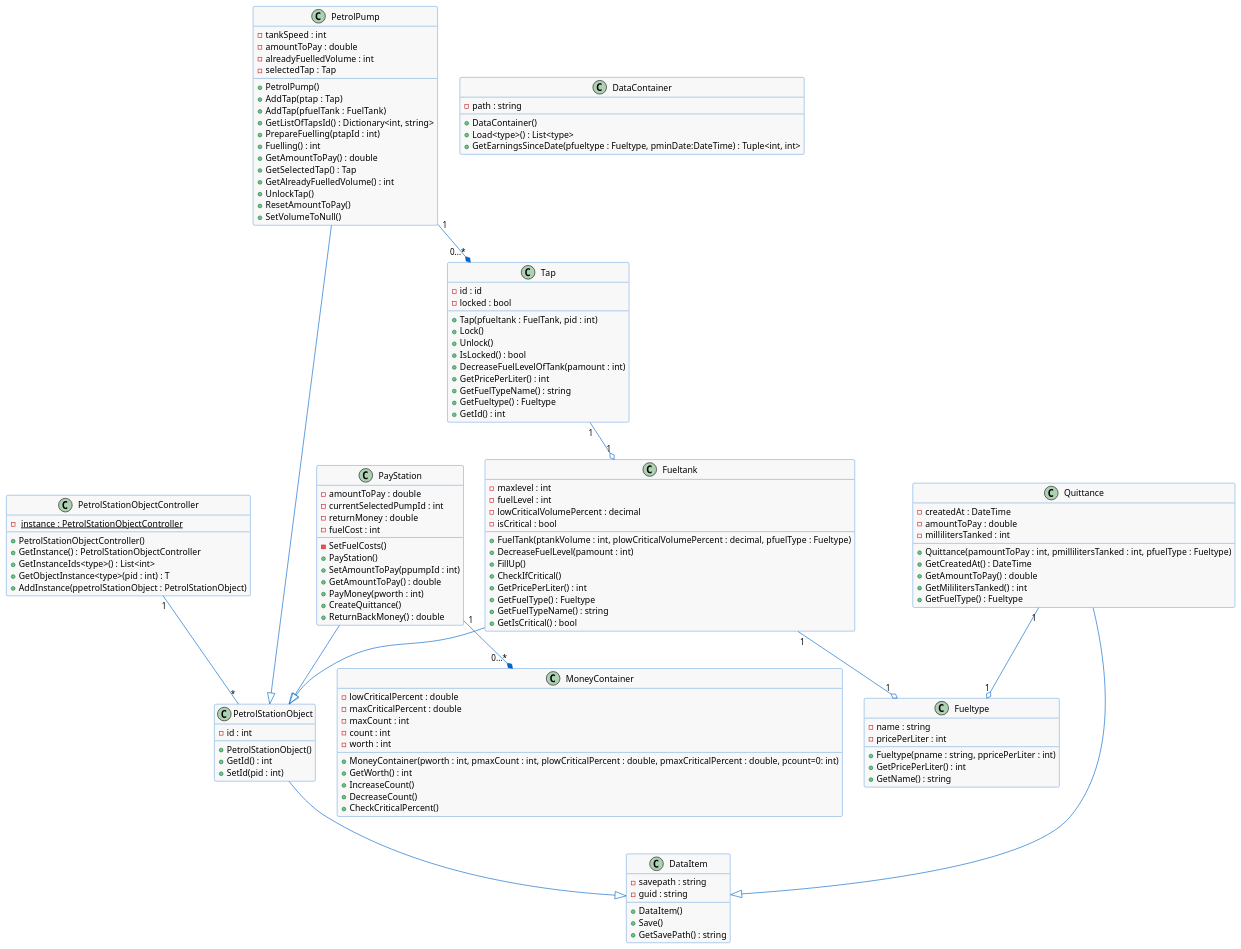
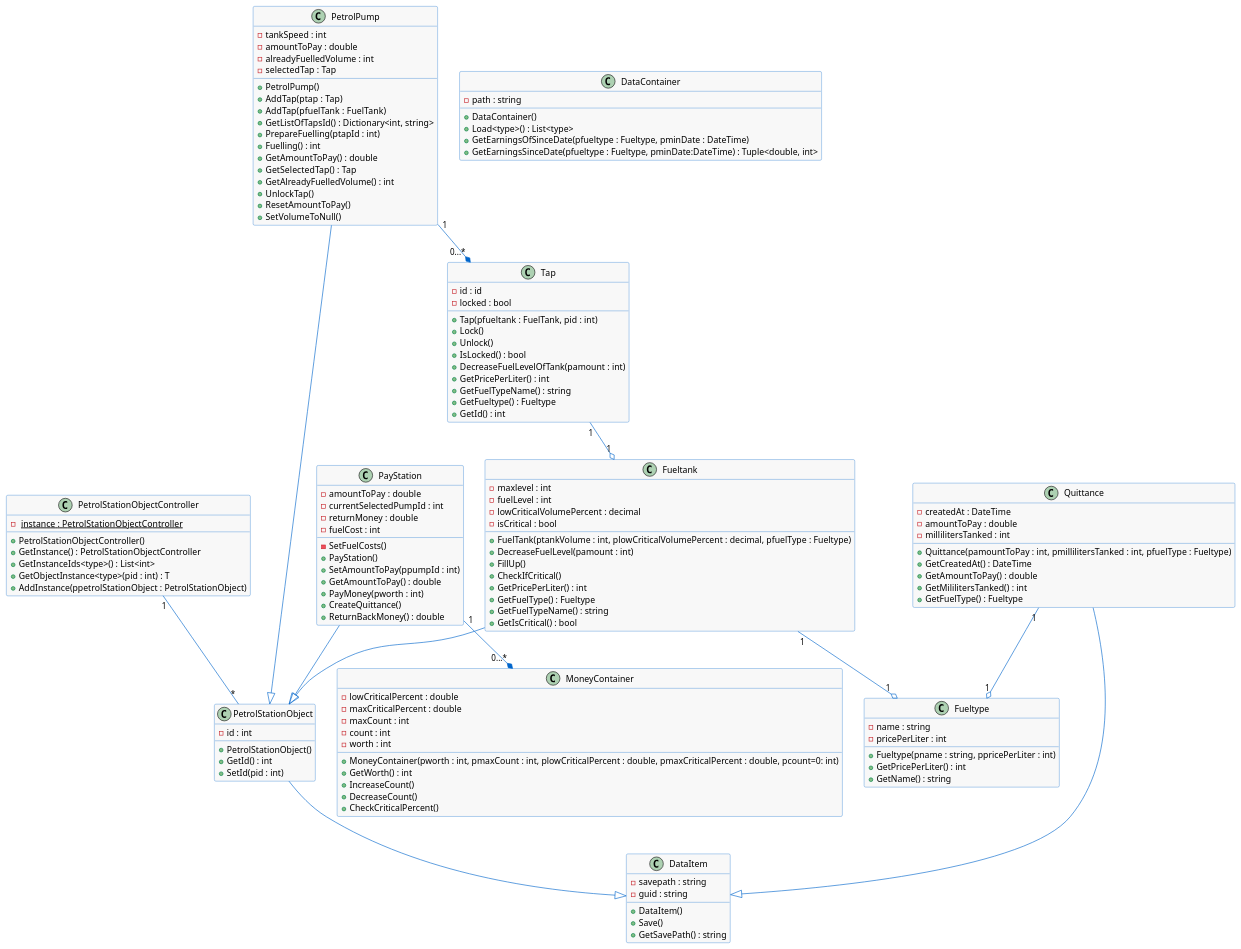
The diagram in Documentation/Diagrams/Businesslogic_class.pu (OddisJungs/PetrolStation), drawn with PlantUML before and after one commit. The commit also changed 4 other files, not shown here.

```diff
--- a/Documentation/Diagrams/Businesslogic_class.pu
+++ b/Documentation/Diagrams/Businesslogic_class.pu
@@ -1,143 +1,144 @@
 @startuml
 'skinparam dpi 250'
 skinparam classBackgroundColor #F8F8F8
 skinparam classBorderColor #0066CC
 skinparam classArrowColor #0066CC
 
 class PetrolStationObjectController {
 	- <u> instance : PetrolStationObjectController
 	+ PetrolStationObjectController()
 	+ GetInstance() : PetrolStationObjectController
 	+ GetInstanceIds<type>() : List<int>
 	+ GetObjectInstance<type>(pid : int) : T
 	+ AddInstance(ppetrolStationObject : PetrolStationObject)
 }
 PetrolStationObjectController "1" -- "*" PetrolStationObject
 
 class DataContainer {
 	- path : string
 	+ DataContainer()
 	+ Load<type>() : List<type>
-    + GetEarningsSinceDate(pfueltype : Fueltype, pminDate:DateTime) : Tuple<int, int>
+	+ GetEarningsOfSinceDate(pfueltype : Fueltype, pminDate : DateTime)
+    + GetEarningsSinceDate(pfueltype : Fueltype, pminDate:DateTime) : Tuple<double, int>
 }
 
 class DataItem {
 	- savepath : string
 	- guid : string
 	+ DataItem()
 	+ Save()
 	+ GetSavePath() : string
 }
 
 class Fueltank {
 	- maxlevel : int
 	- fuelLevel : int
 	- lowCriticalVolumePercent : decimal
 	- isCritical : bool
 	+ FuelTank(ptankVolume : int, plowCriticalVolumePercent : decimal, pfuelType : Fueltype)
 	+ DecreaseFuelLevel(pamount : int)
 	+ FillUp()
 	+ CheckIfCritical()
 	+ GetPricePerLiter() : int
-        + GetFuelType() : Fueltype
+    + GetFuelType() : Fueltype
 	+ GetFuelTypeName() : string
 	+ GetIsCritical() : bool
 }
 Fueltank "1"--o "1" Fueltype
 Fueltank --|> PetrolStationObject
 
 class Fueltype {
 	- name : string
 	- pricePerLiter : int
 	+ Fueltype(pname : string, ppricePerLiter : int)
 	+ GetPricePerLiter() : int
 	+ GetName() : string
 }
 
 class PayStation {
 	- amountToPay : double
 	- currentSelectedPumpId : int
 	- returnMoney : double
 	- fuelCost : int
 	- SetFuelCosts()
 	+ PayStation()
 	+ SetAmountToPay(ppumpId : int)
 	+ GetAmountToPay() : double
 	+ PayMoney(pworth : int)
 	+ CreateQuittance()
 	+ ReturnBackMoney() : double
 }
 PayStation "1" --* "0...*" MoneyContainer
 PayStation --|> PetrolStationObject
 
 class MoneyContainer {
 	- lowCriticalPercent : double
 	- maxCriticalPercent : double
 	- maxCount : int
 	- count : int
 	- worth : int
 	+ MoneyContainer(pworth : int, pmaxCount : int, plowCriticalPercent : double, pmaxCriticalPercent : double, pcount=0: int)
 	+ GetWorth() : int
 	+ IncreaseCount()
 	+ DecreaseCount()
 	+ CheckCriticalPercent() 
 }
 
 class PetrolPump {
 	- tankSpeed : int
 	- amountToPay : double
 	- alreadyFuelledVolume : int
 	- selectedTap : Tap
 	+ PetrolPump()
 	+ AddTap(ptap : Tap)
 	+ AddTap(pfuelTank : FuelTank)
 	+ GetListOfTapsId() : Dictionary<int, string>
 	+ PrepareFuelling(ptapId : int)
 	+ Fuelling() : int
 	+ GetAmountToPay() : double
 	+ GetSelectedTap() : Tap
     + GetAlreadyFuelledVolume() : int
 	+ UnlockTap()
 	+ ResetAmountToPay()
 	+ SetVolumeToNull()
 }
 PetrolPump "1" --* "0...*" Tap
 PetrolPump --|> PetrolStationObject
 
 class PetrolStationObject  {
 	- id : int
 	+ PetrolStationObject()
 	+ GetId() : int
 	+ SetId(pid : int)
 }
 PetrolStationObject --|> DataItem
 
 class Quittance {
 	- createdAt : DateTime
 	- amountToPay : double
 	- millilitersTanked : int
 	+ Quittance(pamountToPay : int, pmillilitersTanked : int, pfuelType : Fueltype)
 	+ GetCreatedAt() : DateTime
 	+ GetAmountToPay() : double
 	+ GetMililitersTanked() : int
 	+ GetFuelType() : Fueltype
 }
 Quittance "1" --o "1" Fueltype
 Quittance --|> DataItem
 
 class Tap {
 	- id : id
 	- locked : bool
 	+ Tap(pfueltank : FuelTank, pid : int)
 	+ Lock()
 	+ Unlock()
 	+ IsLocked() : bool
 	+ DecreaseFuelLevelOfTank(pamount : int)
 	+ GetPricePerLiter() : int
 	+ GetFuelTypeName() : string
-        + GetFueltype() : Fueltype
+    + GetFueltype() : Fueltype
 	+ GetId() : int
 }
 Tap "1" --o "1" Fueltank
 
 @enduml 
```
